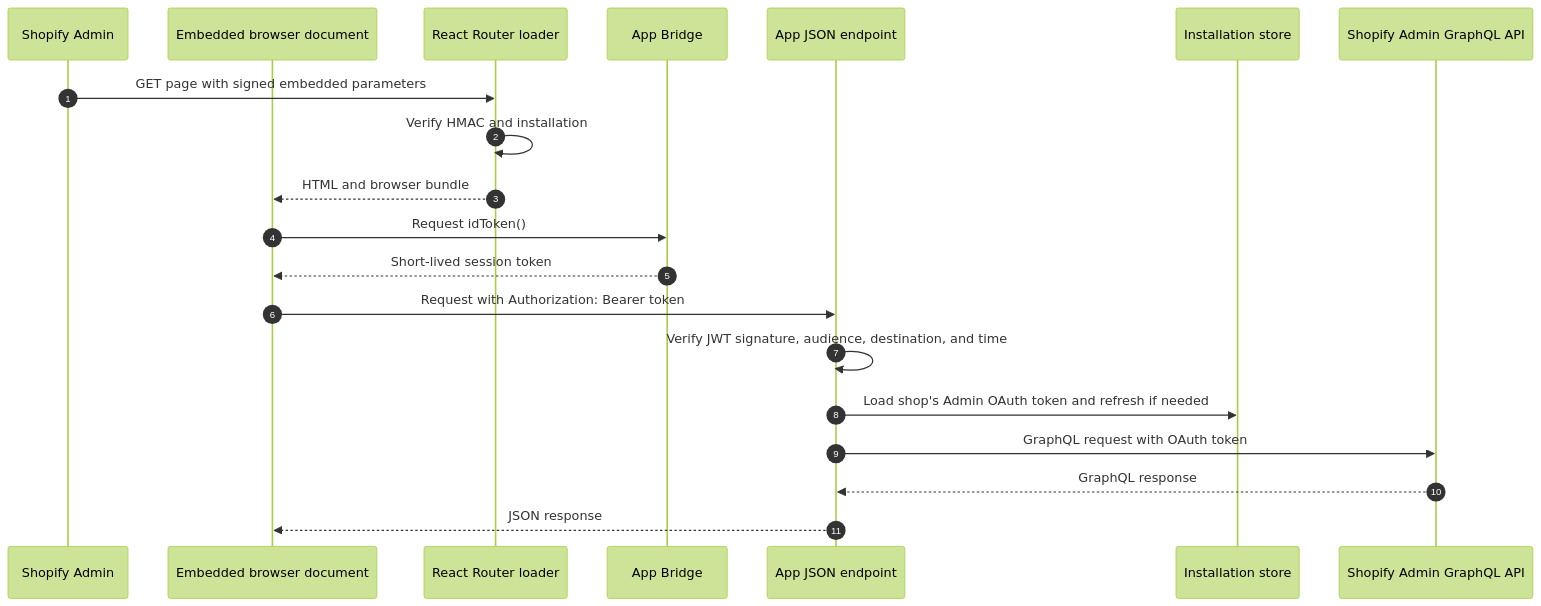
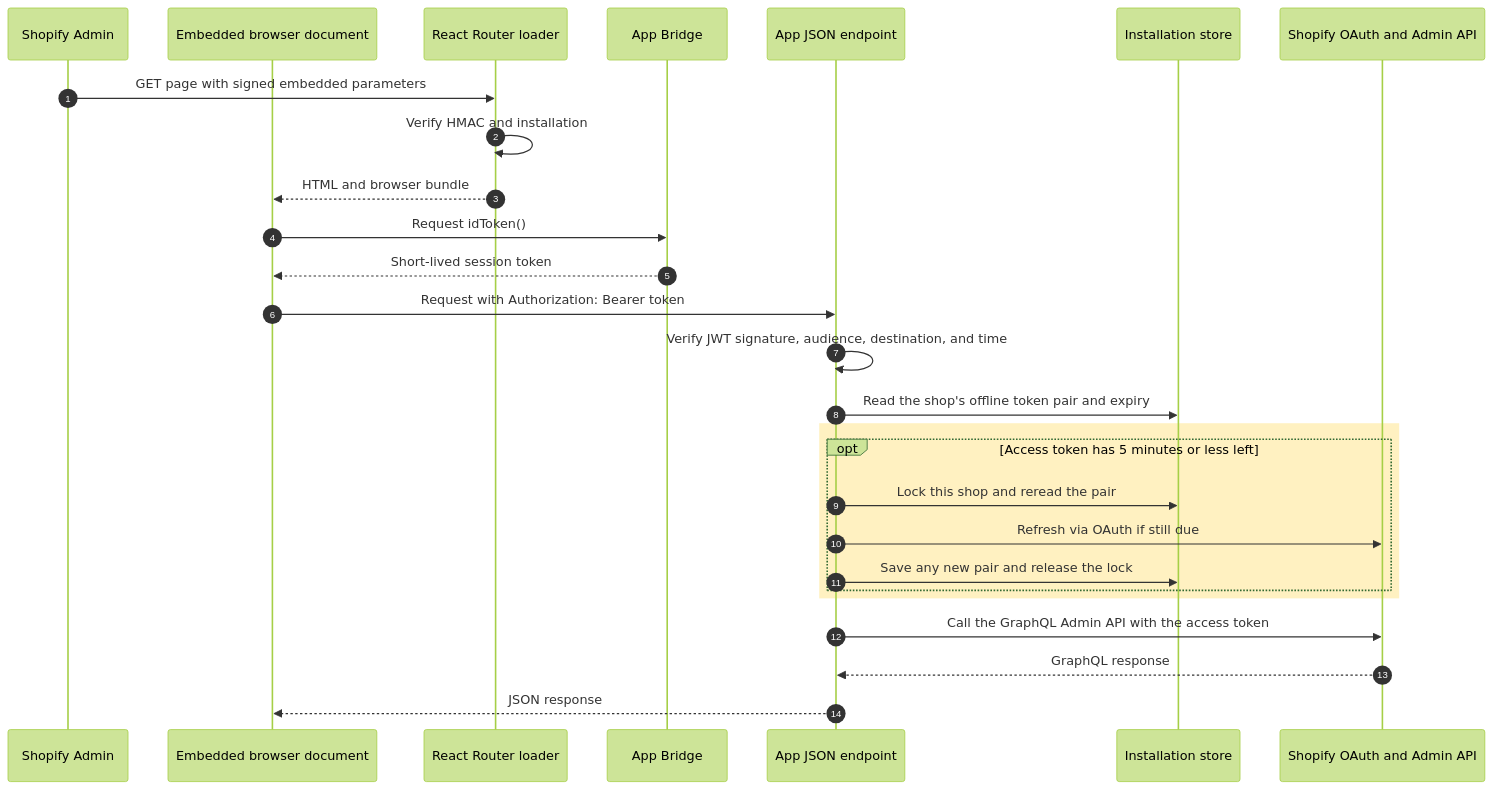
Before and after one commit to benzookapi/shopify-barebone-app-sample: the sixth of 10 diagrams in docs/00-ARCHITECTURE.md, drawn with Mermaid (forest theme). The commit also changed other lines of this file, not shown here.

Commit message:
Highlight offline token locking in embedded request flows

````diff
--- a/docs/00-ARCHITECTURE.md
+++ b/docs/00-ARCHITECTURE.md
@@ -230,23 +232,30 @@
 ```mermaid
 sequenceDiagram
     autonumber
     participant Admin as Shopify Admin
     participant Browser as Embedded browser document
     participant Loader as React Router loader
     participant Bridge as App Bridge
     participant Endpoint as App JSON endpoint
     participant Store as Installation store
-    participant API as Shopify Admin GraphQL API
+    participant Shopify as Shopify OAuth and Admin API
 
     Admin->>Loader: GET page with signed embedded parameters
     Loader->>Loader: Verify HMAC and installation
     Loader-->>Browser: HTML and browser bundle
     Browser->>Bridge: Request idToken()
     Bridge-->>Browser: Short-lived session token
     Browser->>Endpoint: Request with Authorization: Bearer token
     Endpoint->>Endpoint: Verify JWT signature, audience, destination, and time
-    Endpoint->>Store: Load shop's Admin OAuth token and refresh if needed
-    Endpoint->>API: GraphQL request with OAuth token
-    API-->>Endpoint: GraphQL response
+    Endpoint->>Store: Read the shop's offline token pair and expiry
+    rect rgba(255, 210, 50, 0.30)
+        opt Access token has 5 minutes or less left
+            Endpoint->>Store: Lock this shop and reread the pair
+            Endpoint->>Shopify: Refresh via OAuth if still due
+            Endpoint->>Store: Save any new pair and release the lock
+        end
+    end
+    Endpoint->>Shopify: Call the GraphQL Admin API with the access token
+    Shopify-->>Endpoint: GraphQL response
     Endpoint-->>Browser: JSON response
 ```
````
